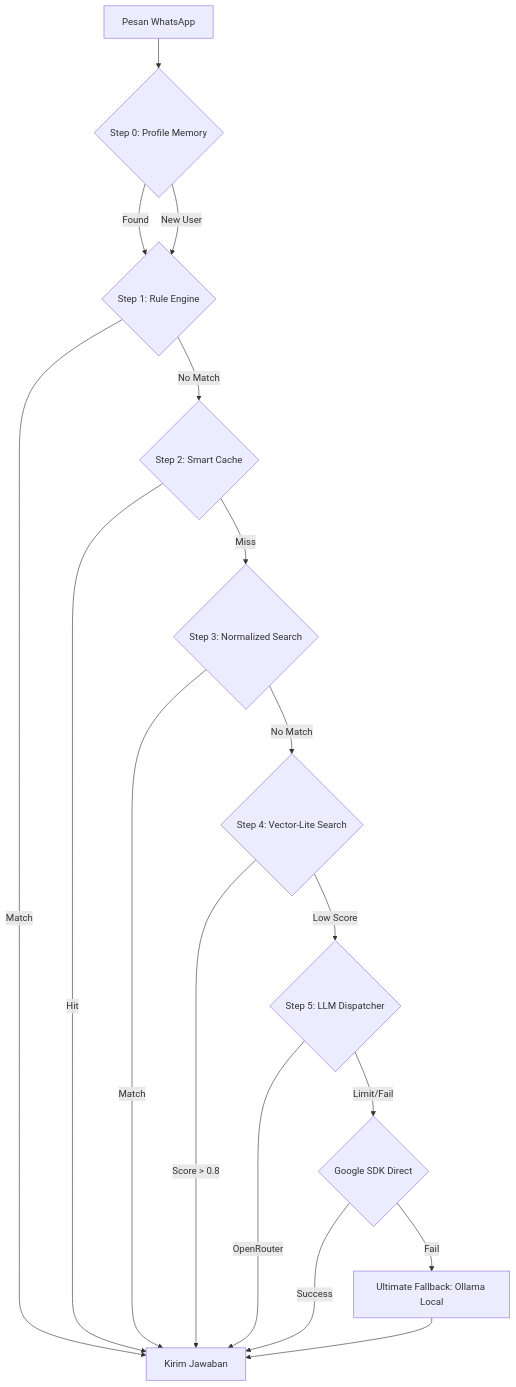
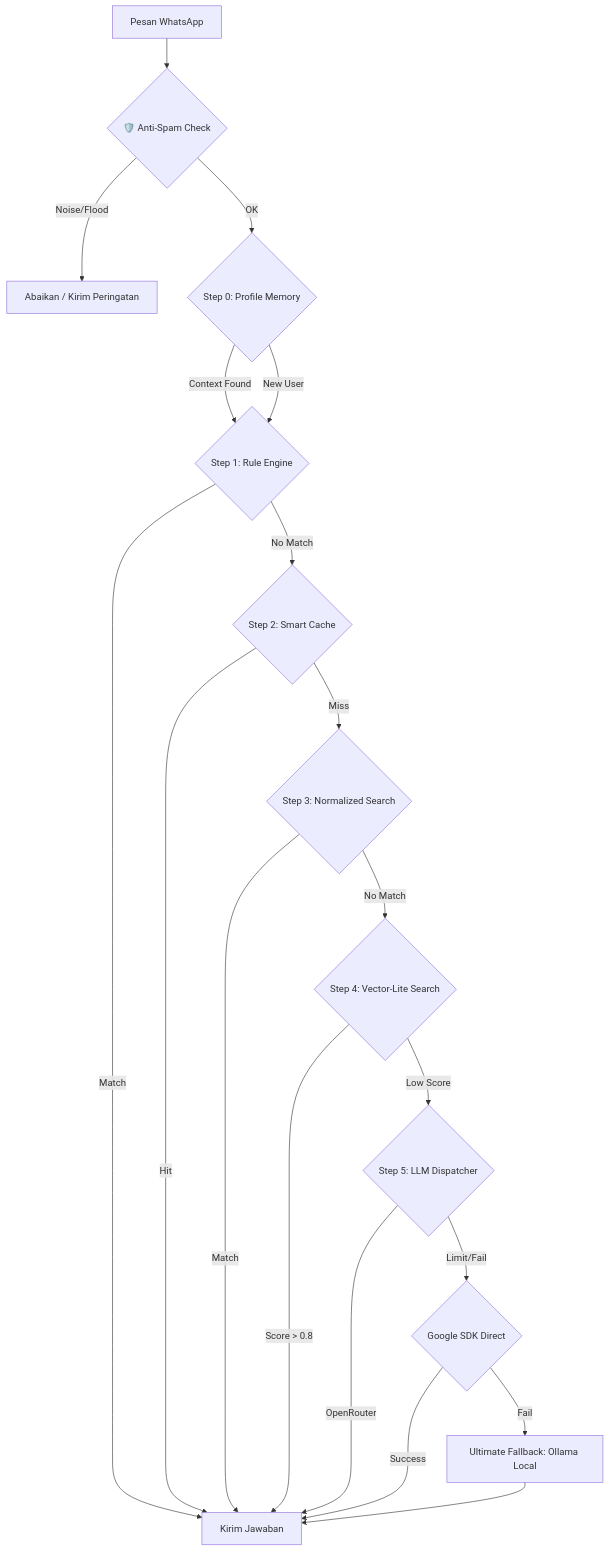
The diagram in README.md (malikamrullah131/ImiBot), drawn with Mermaid before and after one commit. The commit also changed other lines of this file and 1 other file, not shown here.

Commit message:
docs: update README to v4.1 (Anti-Spam, SaaS API, PDF Knowledge, new admin commands)

````diff
--- a/README.md
+++ b/README.md
@@ -55,18 +75,20 @@
 ```mermaid
 graph TD
-    A[Pesan WhatsApp] --> B{Step 0: Profile Memory}
-    B -- Found --> C{Step 1: Rule Engine}
-    B -- New User --> C
-    C -- Match --> D[Kirim Jawaban]
-    C -- No Match --> E{Step 2: Smart Cache}
-    E -- Hit --> D
-    E -- Miss --> F{Step 3: Normalized Search}
-    F -- Match --> D
-    F -- No Match --> G{Step 4: Vector-Lite Search}
-    G -- Score > 0.8 --> D
-    G -- Low Score --> H{Step 5: LLM Dispatcher}
-    H -- OpenRouter --> D
-    H -- Limit/Fail --> I{Google SDK Direct}
-    I -- Success --> D
-    I -- Fail --> J[Ultimate Fallback: Ollama Local] --> D
+    A[Pesan WhatsApp] --> B{🛡️ Anti-Spam Check}
+    B -- Noise/Flood --> Z[Abaikan / Kirim Peringatan]
+    B -- OK --> C{Step 0: Profile Memory}
+    C -- Context Found --> D{Step 1: Rule Engine}
+    C -- New User --> D
+    D -- Match --> E[Kirim Jawaban]
+    D -- No Match --> F{Step 2: Smart Cache}
+    F -- Hit --> E
+    F -- Miss --> G{Step 3: Normalized Search}
+    G -- Match --> E
+    G -- No Match --> H{Step 4: Vector-Lite Search}
+    H -- Score > 0.8 --> E
+    H -- Low Score --> I{Step 5: LLM Dispatcher}
+    I -- OpenRouter --> E
+    I -- Limit/Fail --> J{Google SDK Direct}
+    J -- Success --> E
+    J -- Fail --> K[Ultimate Fallback: Ollama Local] --> E
 ```
````
